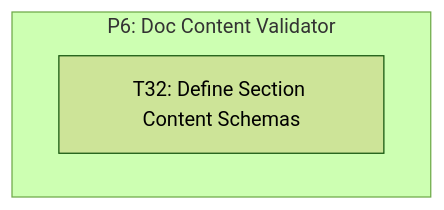
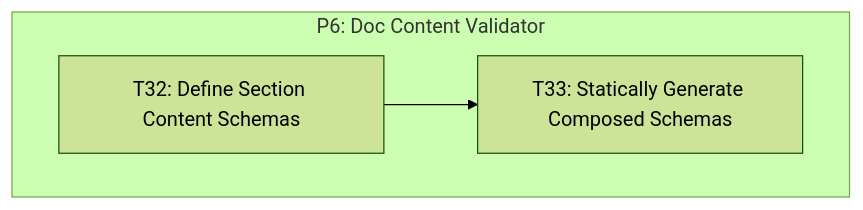
Before and after one commit to livelifelively/documentation-driven-development-tools: the first of 3 diagrams in docs/requirements/p1.p6-doc-content-validator.plan.md, drawn with Mermaid (forest theme). The commit also changed other lines of this file and 29 other files, not shown here.

````diff
--- a/docs/requirements/p1.p6-doc-content-validator.plan.md
+++ b/docs/requirements/p1.p6-doc-content-validator.plan.md
@@ -76,6 +77,9 @@
 ```mermaid
 graph TD
     subgraph "P6: Doc Content Validator"
         T32["T32: Define Section Content Schemas"]
+        T33["T33: Statically Generate Composed Schemas"]
     end
+
+    T32 --> T33
 ```
````
